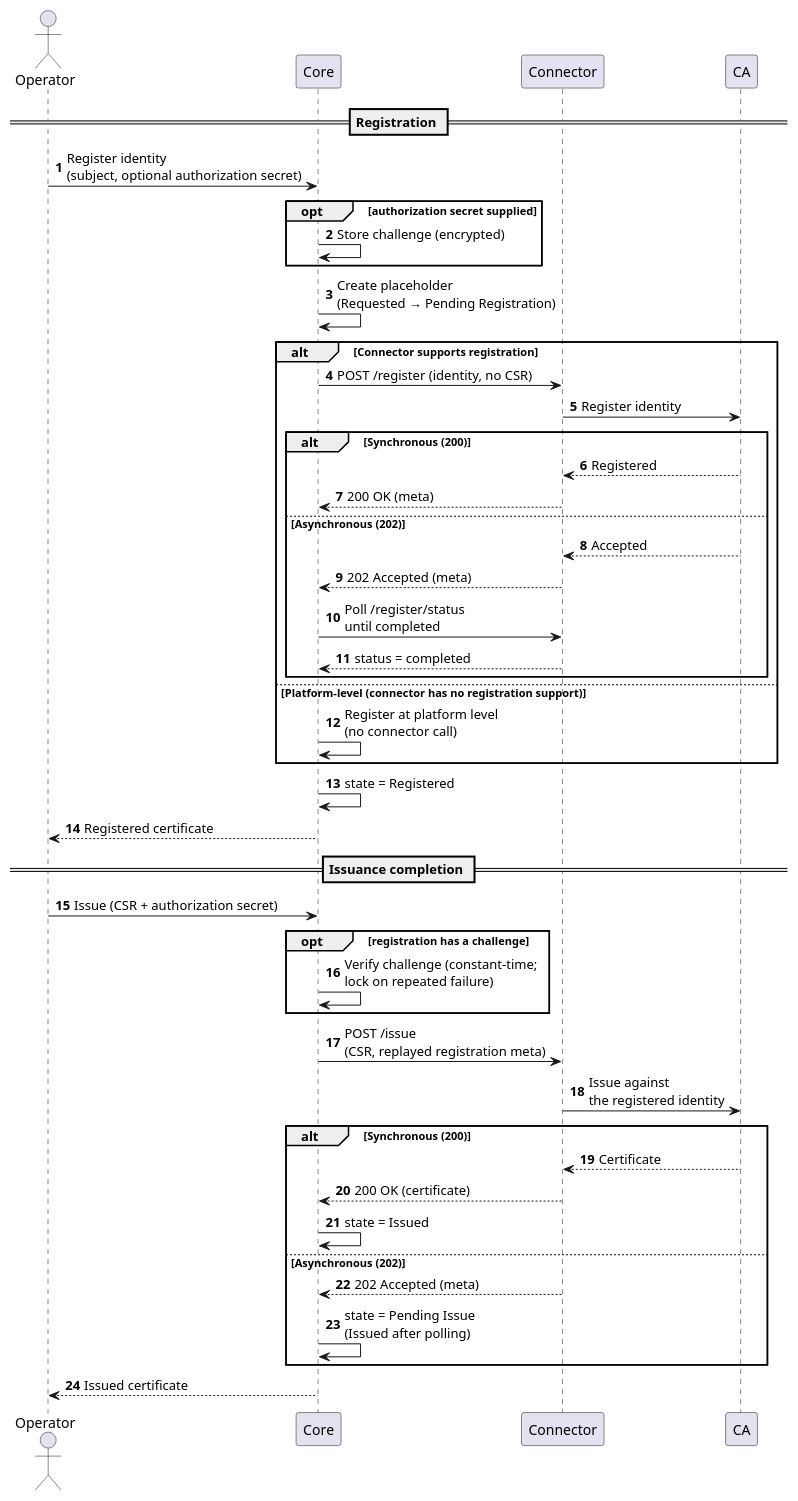
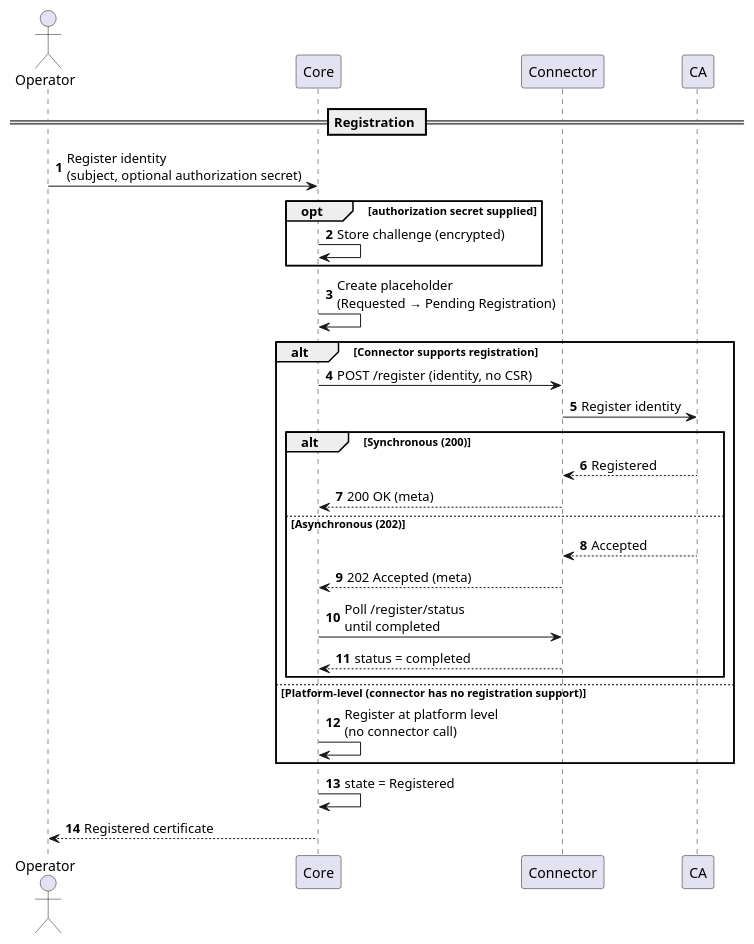
The second of 7 diagrams in docs/certificate-key/concept-design/core-components/certificate.md (OmniTrustILM/documentation), drawn with PlantUML before and after one commit. The commit also changed 168 other files, not shown here.

````diff
--- a/docs/certificate-key/concept-design/core-components/certificate.md
+++ b/docs/certificate-key/concept-design/core-components/certificate.md
@@ -144,50 +144,34 @@
-```plantuml
+```plantuml Certificate registration
 @startuml
 autonumber
 actor Operator
 participant "Core" as Core
 participant "Connector" as Conn
 participant "CA" as CA
 
 == Registration ==
 Operator -> Core : Register identity\n(subject, optional authorization secret)
 opt authorization secret supplied
   Core -> Core : Store challenge (encrypted)
 end
 Core -> Core : Create placeholder\n(Requested → Pending Registration)
 alt Connector supports registration
   Core -> Conn : POST /register (identity, no CSR)
   Conn -> CA : Register identity
   alt Synchronous (200)
     CA --> Conn : Registered
     Conn --> Core : 200 OK (meta)
   else Asynchronous (202)
     CA --> Conn : Accepted
     Conn --> Core : 202 Accepted (meta)
     Core -> Conn : Poll /register/status\nuntil completed
     Conn --> Core : status = completed
   end
 else Platform-level (connector has no registration support)
   Core -> Core : Register at platform level\n(no connector call)
 end
 Core -> Core : state = Registered
 Core --> Operator : Registered certificate
 
-== Issuance completion ==
-Operator -> Core : Issue (CSR + authorization secret)
-opt registration has a challenge
-  Core -> Core : Verify challenge (constant-time;\nlock on repeated failure)
-end
-Core -> Conn : POST /issue\n(CSR, replayed registration meta)
-Conn -> CA : Issue against\nthe registered identity
-alt Synchronous (200)
-  CA --> Conn : Certificate
-  Conn --> Core : 200 OK (certificate)
-  Core -> Core : state = Issued
-else Asynchronous (202)
-  Conn --> Core : 202 Accepted (meta)
-  Core -> Core : state = Pending Issue\n(Issued after polling)
-end
-Core --> Operator : Issued certificate
 @enduml
 ```
````
